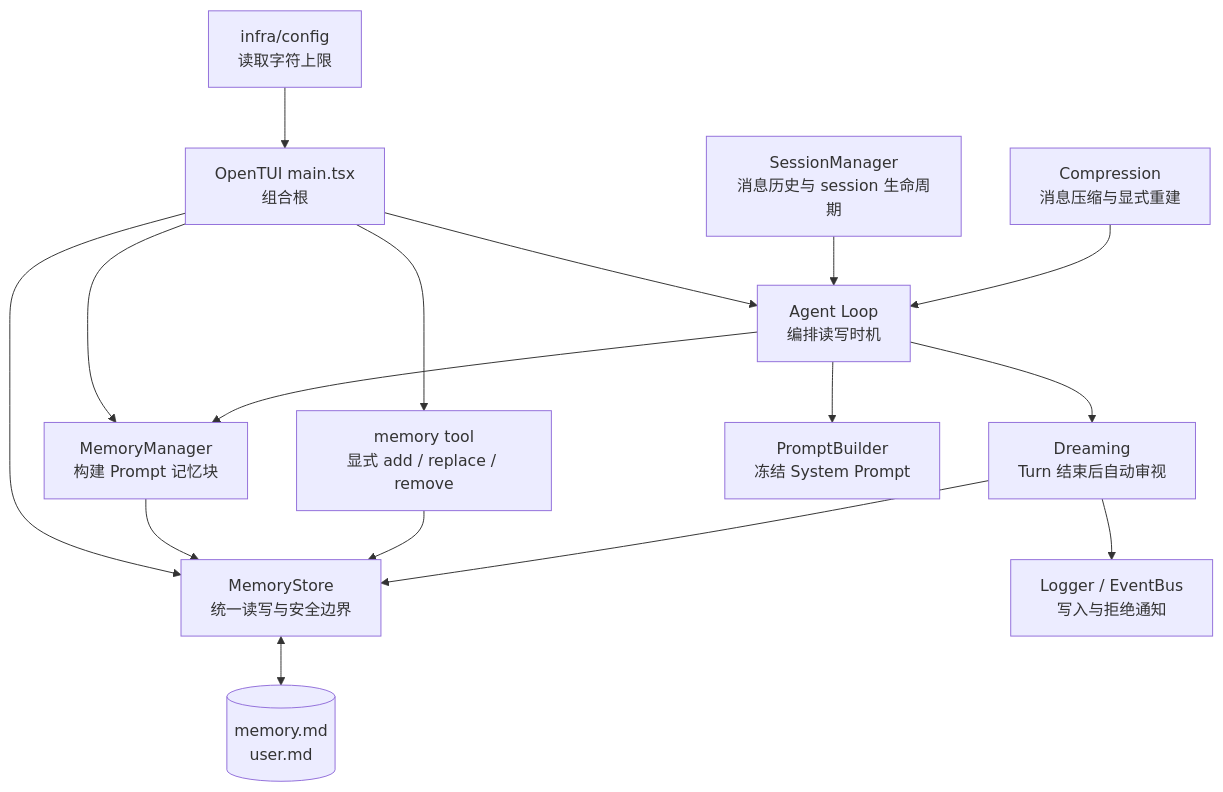
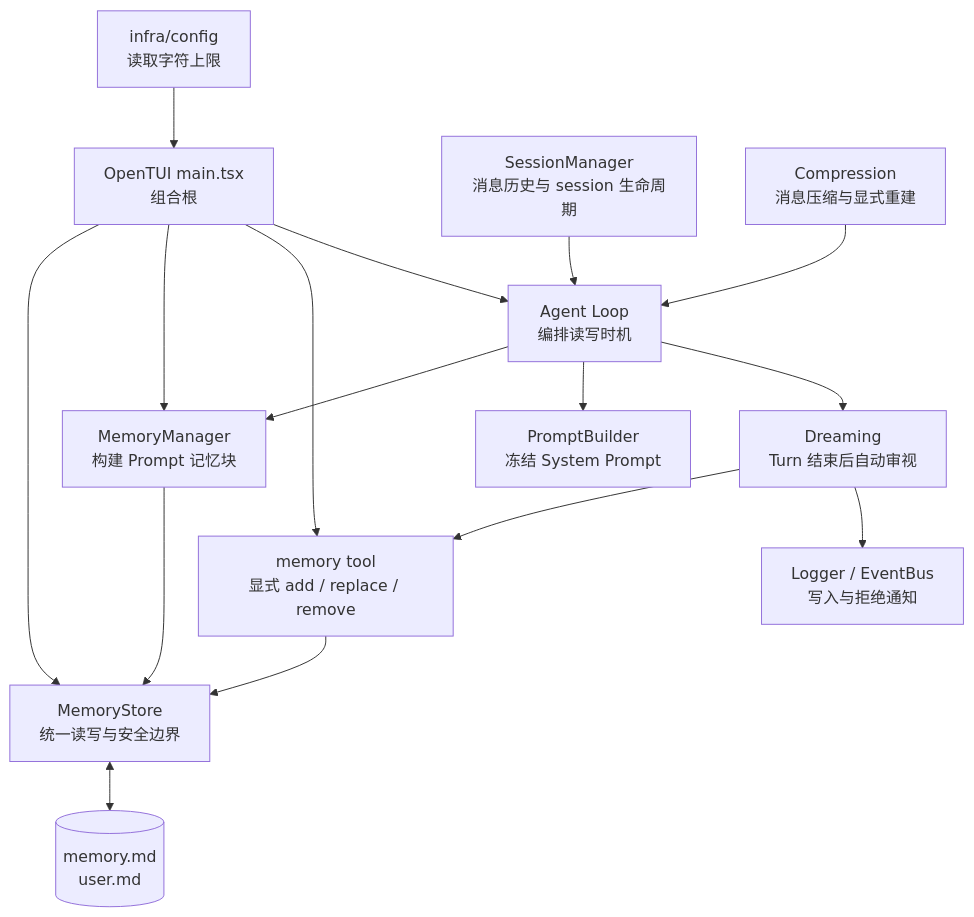
The first of 7 diagrams in vivlos/docs/memory/memory.md (LunaticPum/vivlos), drawn with Mermaid before and after one commit. The commit also changed other lines of this file and 7 other files, not shown here.

````diff
--- a/vivlos/docs/memory/memory.md
+++ b/vivlos/docs/memory/memory.md
@@ -27,31 +27,31 @@
 ```mermaid
 flowchart TB
     CONFIG["infra/config<br/>读取字符上限"]
     ROOT["OpenTUI main.tsx<br/>组合根"]
     STORE["MemoryStore<br/>统一读写与安全边界"]
     MANAGER["MemoryManager<br/>构建 Prompt 记忆块"]
     TOOL["memory tool<br/>显式 add / replace / remove"]
     DREAM["Dreaming<br/>Turn 结束后自动审视"]
     LOOP["Agent Loop<br/>编排读写时机"]
     PROMPT["PromptBuilder<br/>冻结 System Prompt"]
     FILES[("memory.md<br/>user.md")]
     SESSION["SessionManager<br/>消息历史与 session 生命周期"]
     COMPRESS["Compression<br/>消息压缩与显式重建"]
     LOG["Logger / EventBus<br/>写入与拒绝通知"]
 
     CONFIG --> ROOT
     ROOT --> STORE
     ROOT --> MANAGER
     ROOT --> TOOL
     ROOT --> LOOP
     STORE <--> FILES
     MANAGER --> STORE
     TOOL --> STORE
     LOOP --> MANAGER
     LOOP --> PROMPT
     LOOP --> DREAM
-    DREAM --> STORE
+    DREAM --> TOOL
     DREAM --> LOG
     SESSION --> LOOP
     COMPRESS --> LOOP
 ```
````
